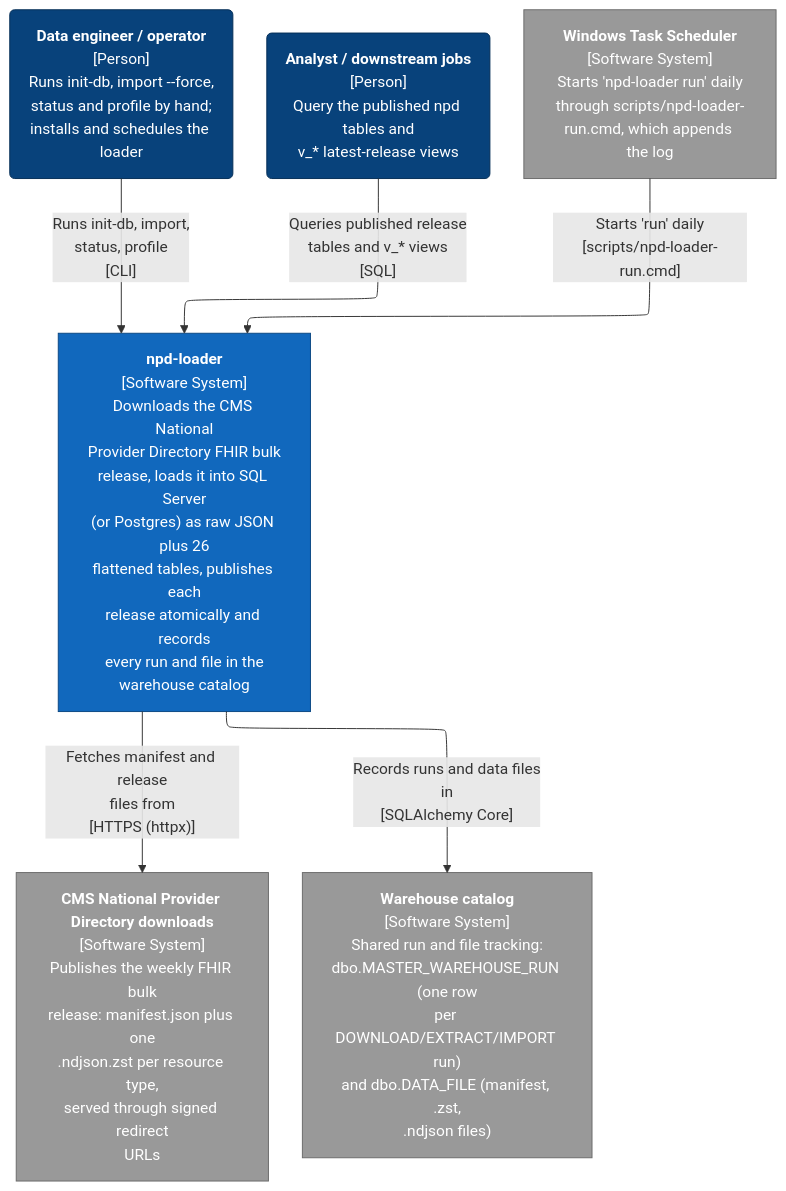
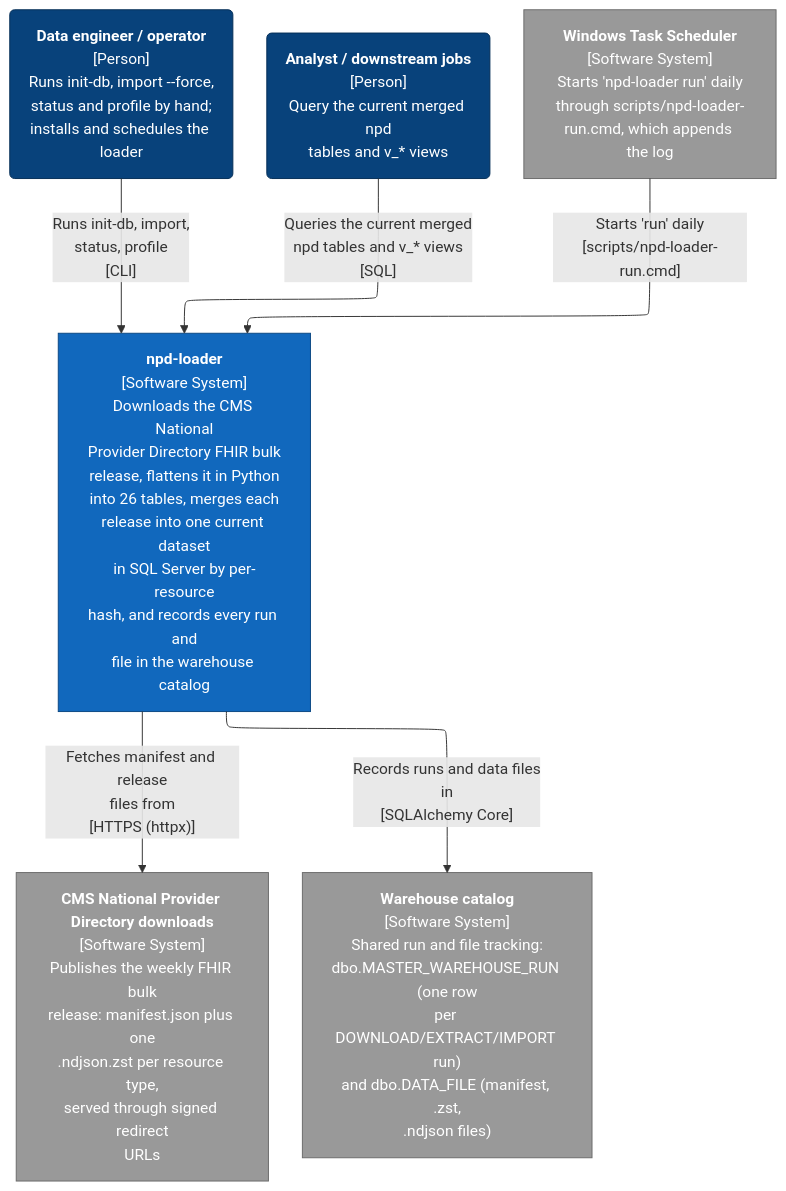
Before and after one commit to SqlDataSpire/npd_importer: the first of 6 diagrams in architecture-docs/nppes_npd_env/ArchitectureReport.md, drawn with Mermaid. The commit also changed other lines of this file and 12 other files, not shown here.

Commit message:
docs: refresh architecture docs for Phase 2 (flatten, bcp staging, delta apply; Postgres and publish flow removed)

````diff
--- a/architecture-docs/nppes_npd_env/ArchitectureReport.md
+++ b/architecture-docs/nppes_npd_env/ArchitectureReport.md
@@ -27,68 +27,68 @@
 ```mermaid
 ---
 config:
   layout: elk
 ---
 flowchart TB
     operator("`**Data engineer / operator**
 [Person]
 Runs init-db, import --force,
 status and profile by hand;
 installs and schedules the loader`")
     data_consumer("`**Analyst / downstream jobs**
 [Person]
-Query the published npd tables and
-v_* latest-release views`")
+Query the current merged npd
+tables and v_* views`")
     system["`**npd-loader**
 [Software System]
 Downloads the CMS National
 Provider Directory FHIR bulk
-release, loads it into SQL Server
-(or Postgres) as raw JSON plus 26
-flattened tables, publishes each
-release atomically and records
-every run and file in the
-warehouse catalog`"]
+release, flattens it in Python
+into 26 tables, merges each
+release into one current dataset
+in SQL Server by per-resource
+hash, and records every run and
+file in the warehouse catalog`"]
     cms_npd["`**CMS National Provider Directory downloads**
 [Software System]
 Publishes the weekly FHIR bulk
 release: manifest.json plus one
 .ndjson.zst per resource type,
 served through signed redirect
 URLs`"]
     task_scheduler["`**Windows Task Scheduler**
 [Software System]
 Starts 'npd-loader run' daily
 through scripts/npd-loader-
 run.cmd, which appends the log`"]
     catalog_db["`**Warehouse catalog**
 [Software System]
 Shared run and file tracking:
 dbo.MASTER_WAREHOUSE_RUN (one row
 per DOWNLOAD/EXTRACT/IMPORT run)
 and dbo.DATA_FILE (manifest, .zst,
 .ndjson files)`"]
     task_scheduler -->|"`Starts 'run' daily
 [scripts/npd-loader-run.cmd]`"| system
     operator -->|"`Runs init-db, import,
 status, profile
 [CLI]`"| system
     system -->|"`Fetches manifest and release
 files from
 [HTTPS (httpx)]`"| cms_npd
     system -->|"`Records runs and data files
 in
 [SQLAlchemy Core]`"| catalog_db
-    data_consumer -->|"`Queries published release
-tables and v_* views
+    data_consumer -->|"`Queries the current merged
+npd tables and v_* views
 [SQL]`"| system
     classDef person fill:#08427b,stroke:#052e56,color:#ffffff
     classDef container fill:#1168bd,stroke:#0b4884,color:#ffffff
     classDef system fill:#1168bd,stroke:#0b4884,color:#ffffff
     classDef component fill:#85bbf0,stroke:#5d82a8,color:#000000
     classDef external fill:#999999,stroke:#6b6b6b,color:#ffffff
     classDef shared fill:#dbe9f6,stroke:#5d82a8,color:#000000,stroke-dasharray:4 3
     class operator,data_consumer person
     class system system
     class cms_npd,task_scheduler,catalog_db external
 ```
````
